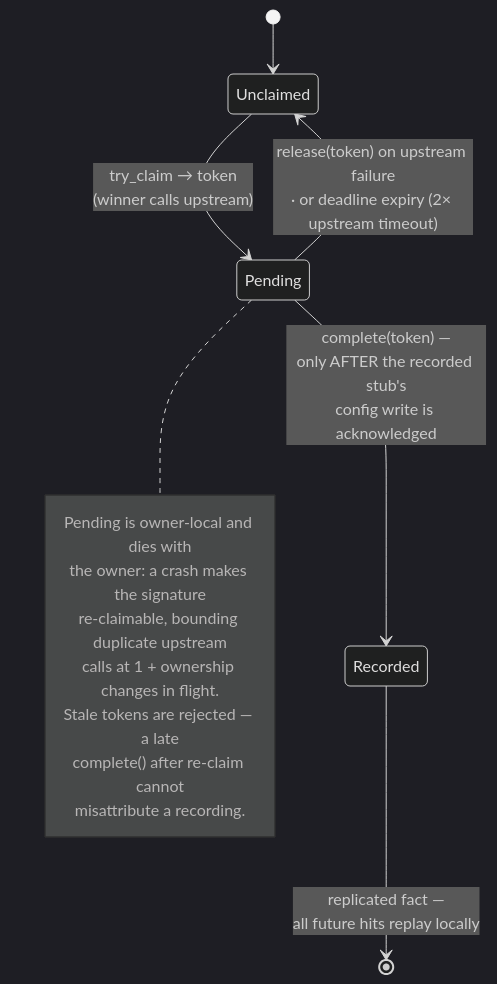
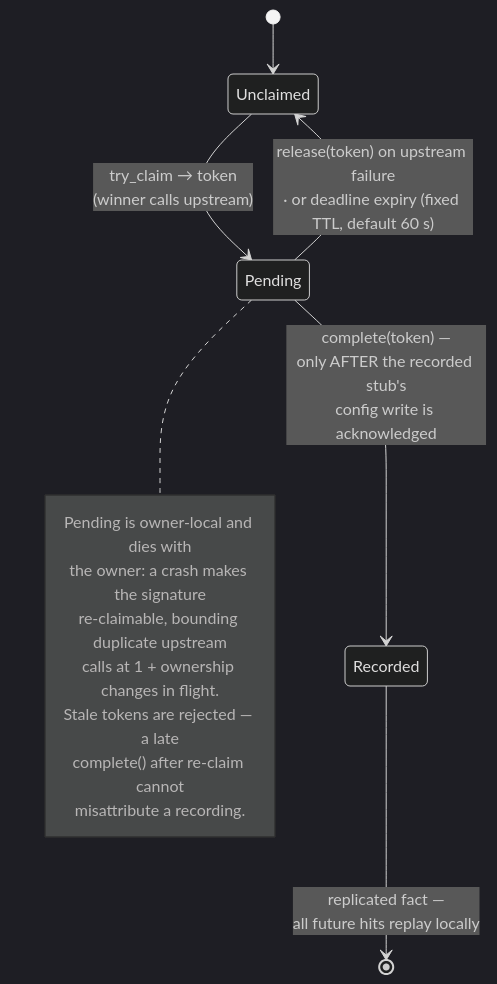
Before and after one commit to achird-labs/rift-cluster: the second of 2 diagrams in docs/architecture/07-verification-plane.md, drawn with Mermaid (dark theme). The commit also changed other lines of this file and 10 other files, not shown here.

````diff
--- a/docs/architecture/07-verification-plane.md
+++ b/docs/architecture/07-verification-plane.md
@@ -95,18 +95,18 @@
 ```mermaid
 stateDiagram-v2
     [*] --> Unclaimed
     Unclaimed --> Pending : try_claim → token<br/>(winner calls upstream)
     Pending --> Recorded : complete(token) —<br/>only AFTER the recorded stub's<br/>config write is acknowledged
-    Pending --> Unclaimed : release(token) on upstream failure<br/>· or deadline expiry (2× upstream timeout)
+    Pending --> Unclaimed : release(token) on upstream failure<br/>· or deadline expiry (fixed TTL, default 60 s)
     Recorded --> [*] : replicated fact —<br/>all future hits replay locally
 
     note right of Pending
         Pending is owner-local and dies with
         the owner: a crash makes the signature
         re-claimable, bounding duplicate upstream
         calls at 1 + ownership changes in flight.
         Stale tokens are rejected — a late
         complete() after re-claim cannot
         misattribute a recording.
     end note
 ```
````
